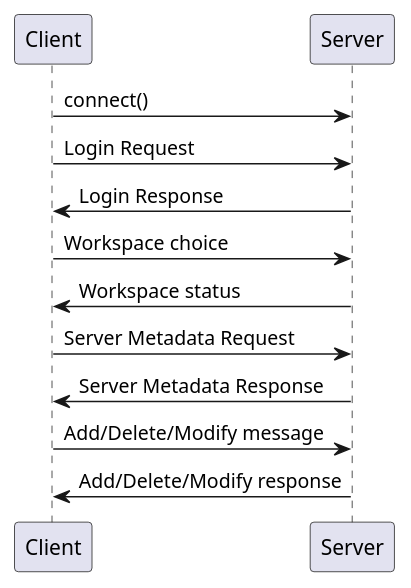
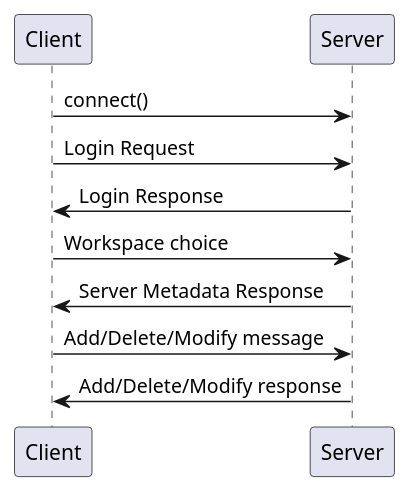
Before and after one commit to matteoborzi/pds-progetto: the first of 4 diagrams in README.md, drawn with PlantUML. The commit also changed other lines of this file, not shown here.

````diff
--- a/README.md
+++ b/README.md
@@ -17,15 +17,13 @@
 ```plantuml
 Client -> Server : connect()
 
 Client -> Server : Login Request
 Client <- Server : Login Response
 
 Client -> Server : Workspace choice
-Client <- Server : Workspace status
 
-Client -> Server : Server Metadata Request
 Client <- Server : Server Metadata Response
 
 Client -> Server : Add/Delete/Modify message
 Client <- Server : Add/Delete/Modify response
 ```
````
